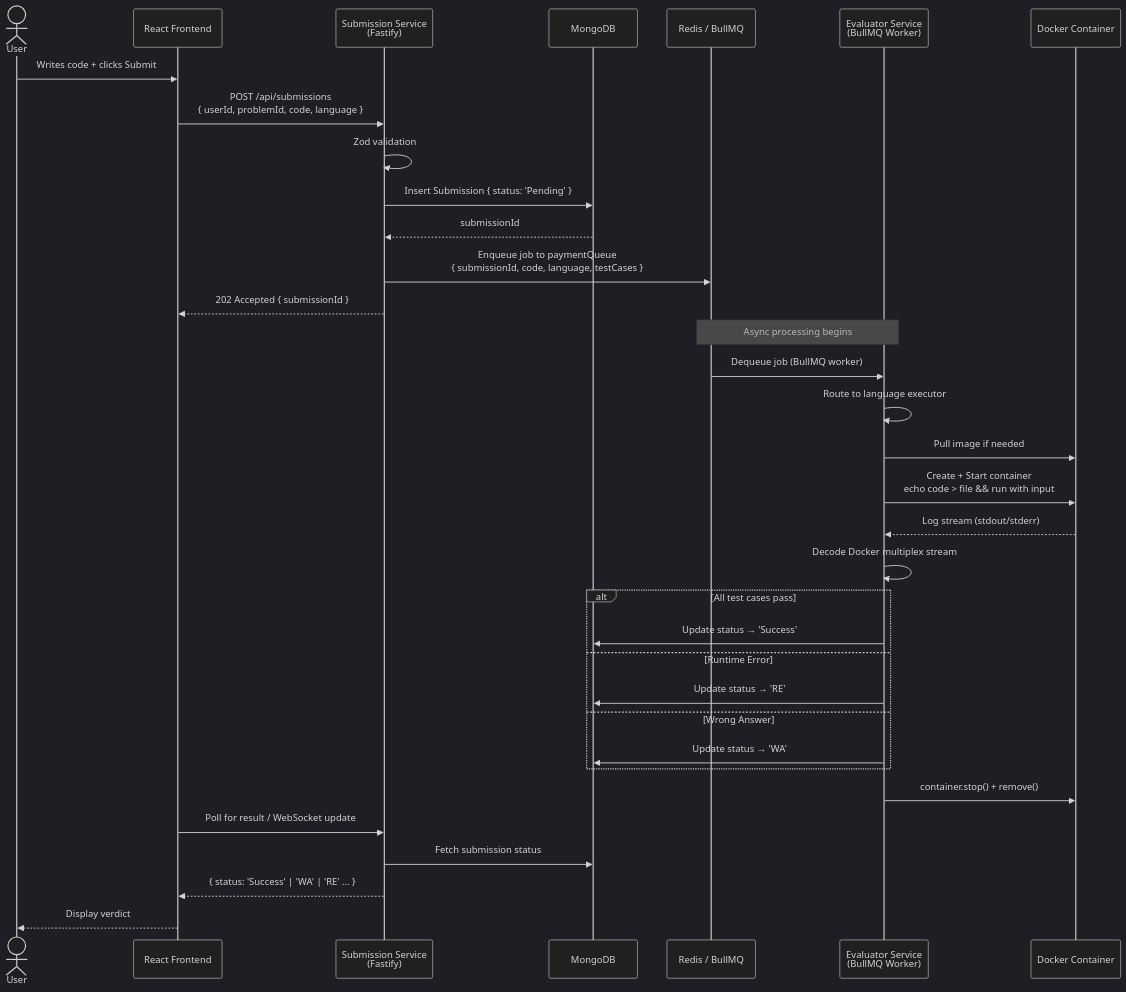
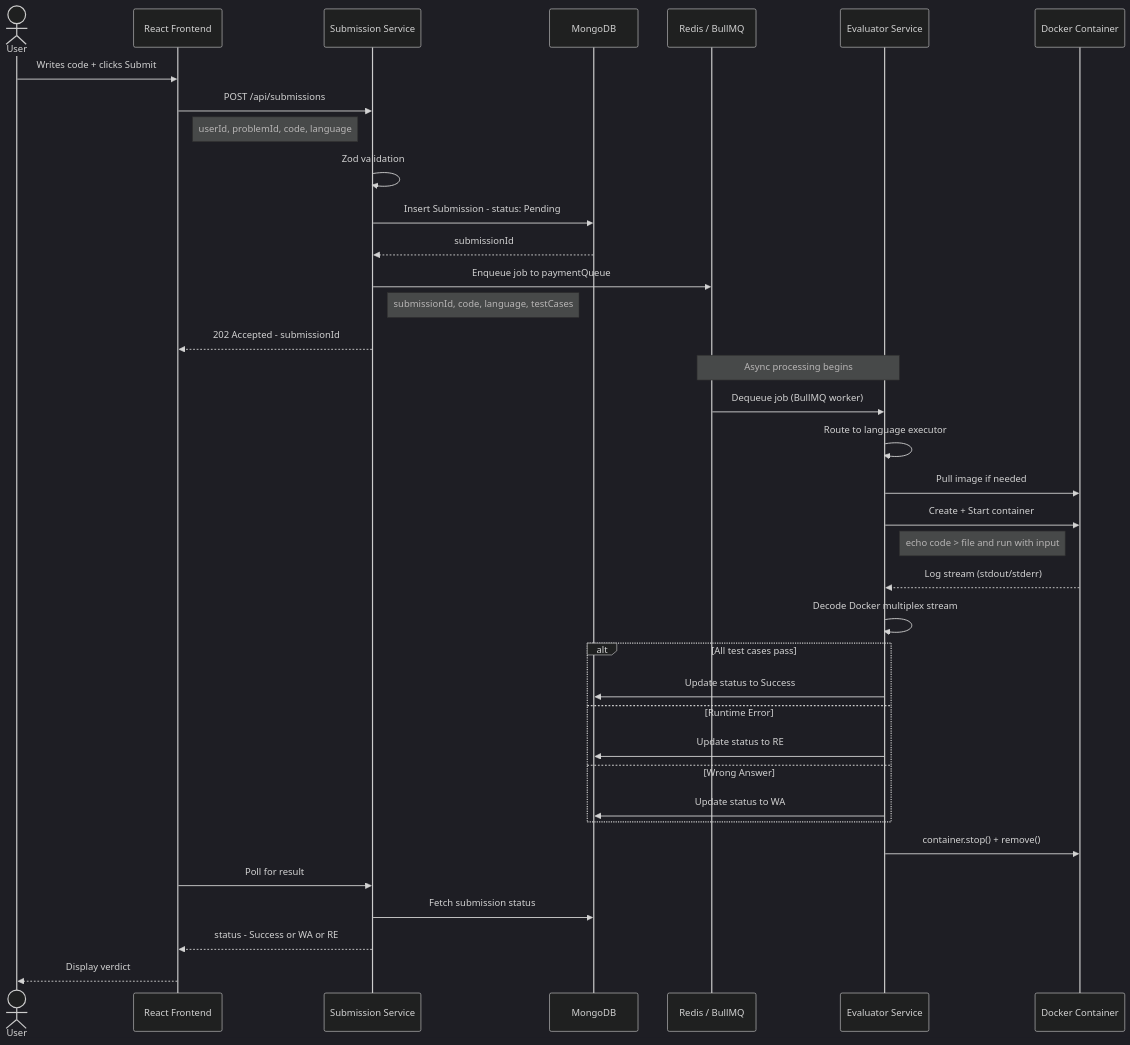
The sixth of 8 diagrams in README.md (IamAbhinav01/coderX), drawn with Mermaid before and after one commit. The commit also changed other lines of this file, not shown here.

````diff
--- a/README.md
+++ b/README.md
@@ -669,44 +669,47 @@
 ```mermaid
 %%{init: {'theme': 'dark', 'sequence': {'actorMargin': 50}}}%%
 sequenceDiagram
     actor User
     participant FE as React Frontend
-    participant SS as Submission Service<br/>(Fastify)
+    participant SS as Submission Service
     participant MDB as MongoDB
     participant RQ as Redis / BullMQ
-    participant ES as Evaluator Service<br/>(BullMQ Worker)
+    participant ES as Evaluator Service
     participant DK as Docker Container
 
     User->>FE: Writes code + clicks Submit
-    FE->>SS: POST /api/submissions<br/>{ userId, problemId, code, language }
+    FE->>SS: POST /api/submissions
+    Note right of FE: userId, problemId, code, language
 
     SS->>SS: Zod validation
-    SS->>MDB: Insert Submission { status: 'Pending' }
+    SS->>MDB: Insert Submission - status: Pending
     MDB-->>SS: submissionId
 
-    SS->>RQ: Enqueue job to paymentQueue<br/>{ submissionId, code, language, testCases }
-    SS-->>FE: 202 Accepted { submissionId }
+    SS->>RQ: Enqueue job to paymentQueue
+    Note right of SS: submissionId, code, language, testCases
+    SS-->>FE: 202 Accepted - submissionId
 
     Note over RQ,ES: Async processing begins
 
     RQ->>ES: Dequeue job (BullMQ worker)
     ES->>ES: Route to language executor
     ES->>DK: Pull image if needed
-    ES->>DK: Create + Start container<br/>echo code > file && run with input
+    ES->>DK: Create + Start container
+    Note right of ES: echo code > file and run with input
     DK-->>ES: Log stream (stdout/stderr)
     ES->>ES: Decode Docker multiplex stream
 
     alt All test cases pass
-        ES->>MDB: Update status → 'Success'
+        ES->>MDB: Update status to Success
     else Runtime Error
-        ES->>MDB: Update status → 'RE'
+        ES->>MDB: Update status to RE
     else Wrong Answer
-        ES->>MDB: Update status → 'WA'
+        ES->>MDB: Update status to WA
     end
 
     ES->>DK: container.stop() + remove()
-    FE->>SS: Poll for result / WebSocket update
+    FE->>SS: Poll for result
     SS->>MDB: Fetch submission status
-    SS-->>FE: { status: 'Success' | 'WA' | 'RE' ... }
+    SS-->>FE: status - Success or WA or RE
     FE-->>User: Display verdict
 ```
````
